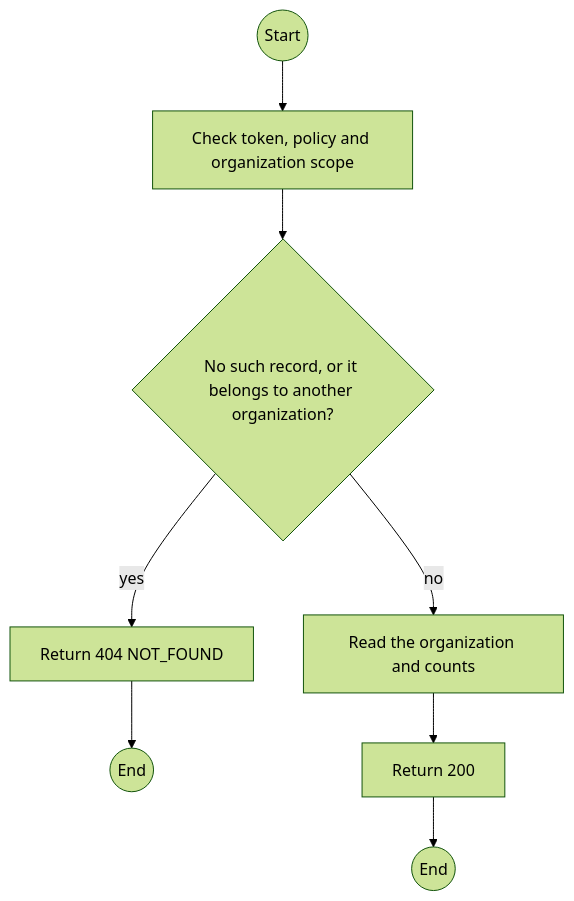
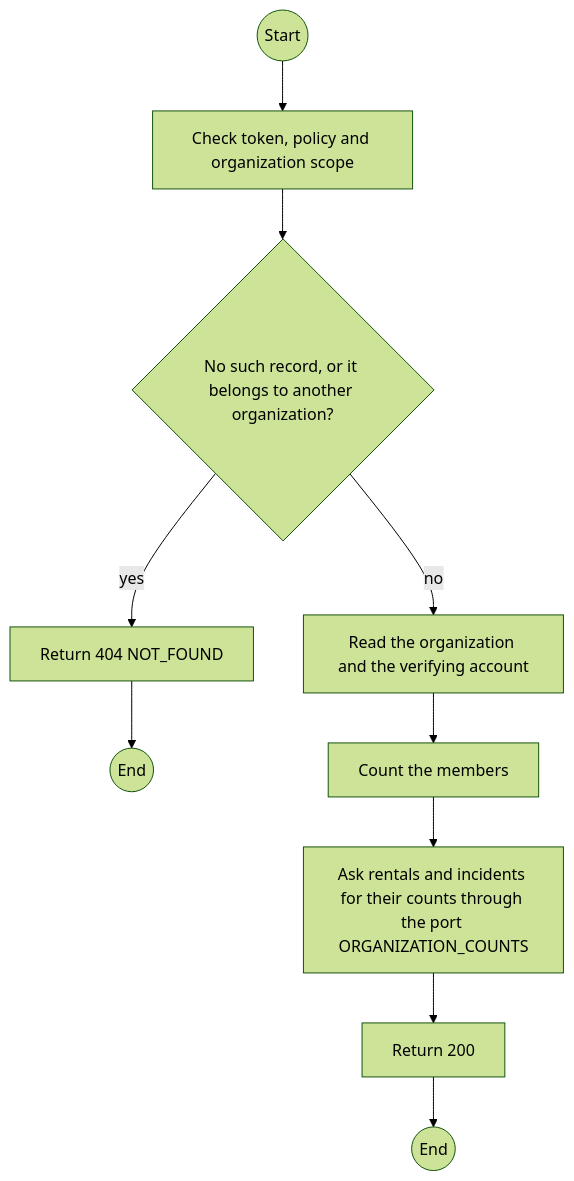
One commit to TrekLink-Team/treklink-web changed the first of 2 diagrams in specs/organizations/api-design/03-get-organizations-id.md. Above: the diagram before and after it, drawn with Mermaid (forest theme). The commit also changed other lines of this file and 26 other files, not shown here.

First line of the commit message:
feat(TK-117): organization detail with counts and the contact details edit

````diff
--- a/specs/organizations/api-design/03-get-organizations-id.md
+++ b/specs/organizations/api-design/03-get-organizations-id.md
@@ -133,16 +133,20 @@
 ```mermaid
 flowchart TB
     S((Start))
     A0["Check token, policy and organization scope"]
     S --> A0
     D1{"No such record, or it belongs to another organization?"}
     A0 --> D1
     E1["Return 404 NOT_FOUND"]
     D1 -->|yes| E1
     E1 --> X1((End))
-    P0["Read the organization and counts"]
+    P0["Read the organization and the verifying account"]
     D1 -->|no| P0
+    P1["Count the members"]
+    P0 --> P1
+    P2["Ask rentals and incidents for their counts through the port ORGANIZATION_COUNTS"]
+    P1 --> P2
     OK["Return 200"]
-    P0 --> OK
+    P2 --> OK
     OK --> Z((End))
 ```
````
